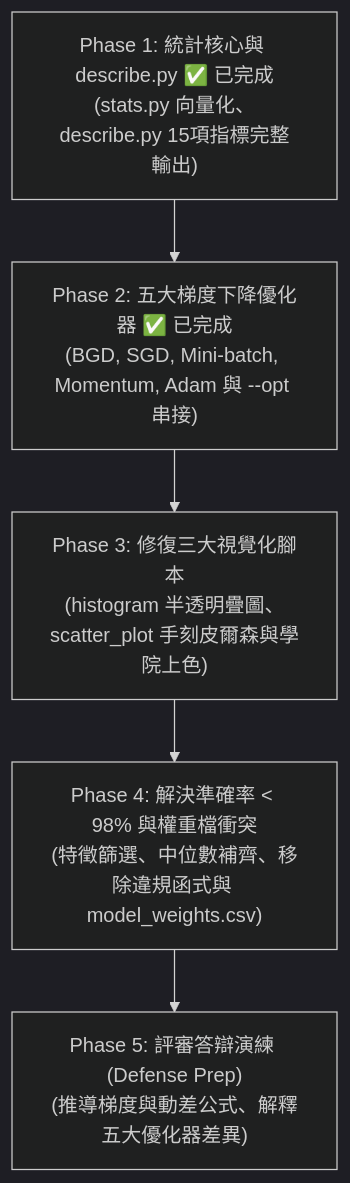
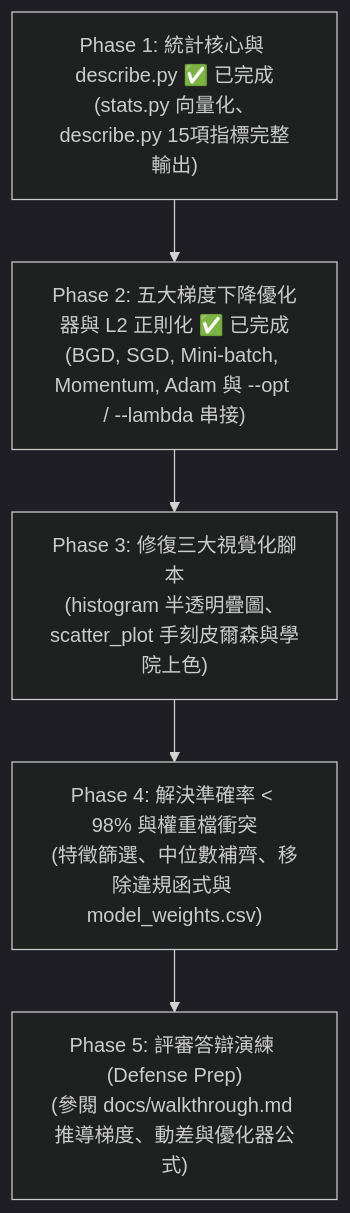
One commit to GauChau/dslr changed the first of 2 diagrams in docs/TODO.md. Above: the diagram before and after it, drawn with Mermaid (dark theme). The commit also changed other lines of this file and 11 other files, not shown here.

````diff
--- a/docs/TODO.md
+++ b/docs/TODO.md
@@ -331,7 +156,7 @@
 ```mermaid
 flowchart TD
-    A["Phase 1: 統計核心與 describe.py ✅ 已完成<br>(stats.py 向量化、describe.py 15項指標完整輸出)"] --> B["Phase 2: 五大梯度下降優化器 ✅ 已完成<br>(BGD, SGD, Mini-batch, Momentum, Adam 與 --opt 串接)"]
+    A["Phase 1: 統計核心與 describe.py ✅ 已完成<br>(stats.py 向量化、describe.py 15項指標完整輸出)"] --> B["Phase 2: 五大梯度下降優化器與 L2 正則化 ✅ 已完成<br>(BGD, SGD, Mini-batch, Momentum, Adam 與 --opt / --lambda 串接)"]
     B --> C["Phase 3: 修復三大視覺化腳本<br>(histogram 半透明疊圖、scatter_plot 手刻皮爾森與學院上色)"]
     C --> D["Phase 4: 解決準確率 < 98% 與權重檔衝突<br>(特徵篩選、中位數補齊、移除違規函式與 model_weights.csv)"]
-    D --> E["Phase 5: 評審答辯演練 (Defense Prep)<br>(推導梯度與動差公式、解釋五大優化器差異)"]
+    D --> E["Phase 5: 評審答辯演練 (Defense Prep)<br>(參閱 docs/walkthrough.md 推導梯度、動差與優化器公式)"]
 ```
````
